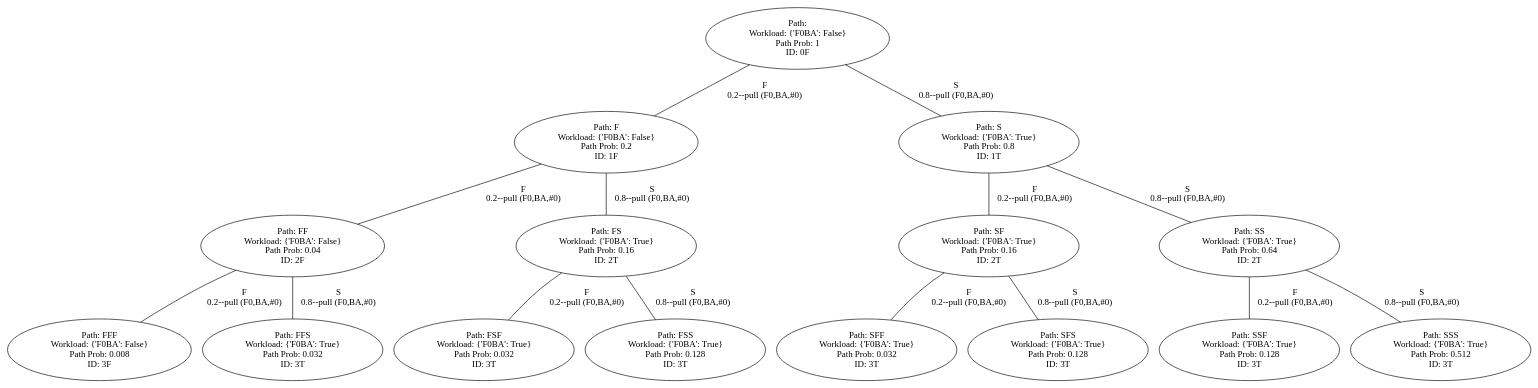
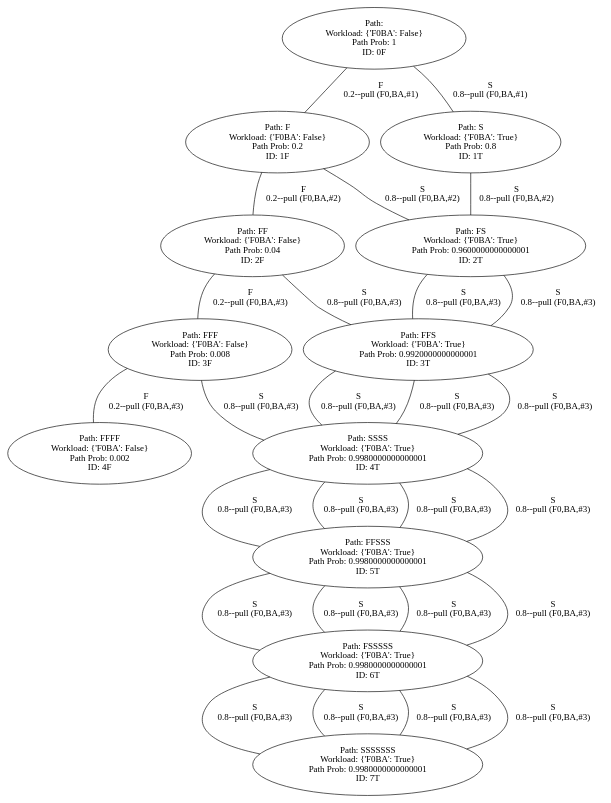
One commit to YasinBoloorchi/WARP-Simulator changed the diagram in Output/graph.gv. Above: the diagram before and after it, drawn with Graphviz. The commit also changed 5 other files, not shown here.

```diff
--- a/Output/graph.gv
+++ b/Output/graph.gv
@@ -8,7 +8,7 @@
 Path Prob: 1
 ID: 0F"]
 	"" -- F [label="F
-0.2--pull (F0,BA,#0)"]
+0.2--pull (F0,BA,#1)"]
 	F [label="Path: F
 Workload: {'F0BA': False}
 Path Prob: 0.2
@@ -18,7 +18,7 @@
 Path Prob: 0.2
 ID: 1F"]
 	F -- FF [label="F
-0.2--pull (F0,BA,#0)"]
+0.2--pull (F0,BA,#2)"]
 	FF [label="Path: FF
 Workload: {'F0BA': False}
 Path Prob: 0.04
@@ -28,57 +28,177 @@
 Path Prob: 0.04
 ID: 2F"]
 	FF -- FFF [label="F
-0.2--pull (F0,BA,#0)"]
+0.2--pull (F0,BA,#3)"]
 	FFF [label="Path: FFF
 Workload: {'F0BA': False}
 Path Prob: 0.008
 ID: 3F"]
+	FFF [label="Path: FFF
+Workload: {'F0BA': False}
+Path Prob: 0.008
+ID: 3F"]
+	FFF -- FFFF [label="F
+0.2--pull (F0,BA,#3)"]
+	FFFF [label="Path: FFFF
+Workload: {'F0BA': False}
+Path Prob: 0.002
+ID: 4F"]
+	FFF [label="Path: FFF
+Workload: {'F0BA': False}
+Path Prob: 0.008
+ID: 3F"]
+	FFF -- SSSS [label="S
+0.8--pull (F0,BA,#3)"]
+	SSSS [label="Path: SSSS
+Workload: {'F0BA': True}
+Path Prob: 0.9980000000000001
+ID: 4T"]
+	SSSS [label="Path: SSSS
+Workload: {'F0BA': True}
+Path Prob: 0.9980000000000001
+ID: 4T"]
+	SSSS -- FFSSS [label="S
+0.8--pull (F0,BA,#3)"]
+	FFSSS [label="Path: FFSSS
+Workload: {'F0BA': True}
+Path Prob: 0.9980000000000001
+ID: 5T"]
+	FFSSS [label="Path: FFSSS
+Workload: {'F0BA': True}
+Path Prob: 0.9980000000000001
+ID: 5T"]
+	FFSSS -- FSSSSS [label="S
+0.8--pull (F0,BA,#3)"]
+	FSSSSS [label="Path: FSSSSS
+Workload: {'F0BA': True}
+Path Prob: 0.9980000000000001
+ID: 6T"]
+	FSSSSS [label="Path: FSSSSS
+Workload: {'F0BA': True}
+Path Prob: 0.9980000000000001
+ID: 6T"]
+	FSSSSS -- SSSSSSS [label="S
+0.8--pull (F0,BA,#3)"]
+	SSSSSSS [label="Path: SSSSSSS
+Workload: {'F0BA': True}
+Path Prob: 0.9980000000000001
+ID: 7T"]
 	FF [label="Path: FF
 Workload: {'F0BA': False}
 Path Prob: 0.04
 ID: 2F"]
 	FF -- FFS [label="S
-0.8--pull (F0,BA,#0)"]
+0.8--pull (F0,BA,#3)"]
 	FFS [label="Path: FFS
 Workload: {'F0BA': True}
-Path Prob: 0.032
+Path Prob: 0.9920000000000001
 ID: 3T"]
+	FFS [label="Path: FFS
+Workload: {'F0BA': True}
+Path Prob: 0.9920000000000001
+ID: 3T"]
+	FFS -- SSSS [label="S
+0.8--pull (F0,BA,#3)"]
+	SSSS [label="Path: SSSS
+Workload: {'F0BA': True}
+Path Prob: 0.9980000000000001
+ID: 4T"]
+	SSSS [label="Path: SSSS
+Workload: {'F0BA': True}
+Path Prob: 0.9980000000000001
+ID: 4T"]
+	SSSS -- FFSSS [label="S
+0.8--pull (F0,BA,#3)"]
+	FFSSS [label="Path: FFSSS
+Workload: {'F0BA': True}
+Path Prob: 0.9980000000000001
+ID: 5T"]
+	FFSSS [label="Path: FFSSS
+Workload: {'F0BA': True}
+Path Prob: 0.9980000000000001
+ID: 5T"]
+	FFSSS -- FSSSSS [label="S
+0.8--pull (F0,BA,#3)"]
+	FSSSSS [label="Path: FSSSSS
+Workload: {'F0BA': True}
+Path Prob: 0.9980000000000001
+ID: 6T"]
+	FSSSSS [label="Path: FSSSSS
+Workload: {'F0BA': True}
+Path Prob: 0.9980000000000001
+ID: 6T"]
+	FSSSSS -- SSSSSSS [label="S
+0.8--pull (F0,BA,#3)"]
+	SSSSSSS [label="Path: SSSSSSS
+Workload: {'F0BA': True}
+Path Prob: 0.9980000000000001
+ID: 7T"]
 	F [label="Path: F
 Workload: {'F0BA': False}
 Path Prob: 0.2
 ID: 1F"]
 	F -- FS [label="S
-0.8--pull (F0,BA,#0)"]
+0.8--pull (F0,BA,#2)"]
 	FS [label="Path: FS
 Workload: {'F0BA': True}
-Path Prob: 0.16
+Path Prob: 0.9600000000000001
 ID: 2T"]
 	FS [label="Path: FS
 Workload: {'F0BA': True}
-Path Prob: 0.16
+Path Prob: 0.9600000000000001
 ID: 2T"]
-	FS -- FSF [label="F
-0.2--pull (F0,BA,#0)"]
-	FSF [label="Path: FSF
+	FS -- FFS [label="S
+0.8--pull (F0,BA,#3)"]
+	FFS [label="Path: FFS
 Workload: {'F0BA': True}
-Path Prob: 0.032
+Path Prob: 0.9920000000000001
 ID: 3T"]
-	FS [label="Path: FS
+	FFS [label="Path: FFS
 Workload: {'F0BA': True}
-Path Prob: 0.16
-ID: 2T"]
-	FS -- FSS [label="S
-0.8--pull (F0,BA,#0)"]
-	FSS [label="Path: FSS
+Path Prob: 0.9920000000000001
+ID: 3T"]
+	FFS -- SSSS [label="S
+0.8--pull (F0,BA,#3)"]
+	SSSS [label="Path: SSSS
 Workload: {'F0BA': True}
-Path Prob: 0.128
-ID: 3T"]
+Path Prob: 0.9980000000000001
+ID: 4T"]
+	SSSS [label="Path: SSSS
+Workload: {'F0BA': True}
+Path Prob: 0.9980000000000001
+ID: 4T"]
+	SSSS -- FFSSS [label="S
+0.8--pull (F0,BA,#3)"]
+	FFSSS [label="Path: FFSSS
+Workload: {'F0BA': True}
+Path Prob: 0.9980000000000001
+ID: 5T"]
+	FFSSS [label="Path: FFSSS
+Workload: {'F0BA': True}
+Path Prob: 0.9980000000000001
+ID: 5T"]
+	FFSSS -- FSSSSS [label="S
+0.8--pull (F0,BA,#3)"]
+	FSSSSS [label="Path: FSSSSS
+Workload: {'F0BA': True}
+Path Prob: 0.9980000000000001
+ID: 6T"]
+	FSSSSS [label="Path: FSSSSS
+Workload: {'F0BA': True}
+Path Prob: 0.9980000000000001
+ID: 6T"]
+	FSSSSS -- SSSSSSS [label="S
+0.8--pull (F0,BA,#3)"]
+	SSSSSSS [label="Path: SSSSSSS
+Workload: {'F0BA': True}
+Path Prob: 0.9980000000000001
+ID: 7T"]
 	"" [label="Path: 
 Workload: {'F0BA': False}
 Path Prob: 1
 ID: 0F"]
 	"" -- S [label="S
-0.8--pull (F0,BA,#0)"]
+0.8--pull (F0,BA,#1)"]
 	S [label="Path: S
 Workload: {'F0BA': True}
 Path Prob: 0.8
@@ -87,60 +207,60 @@
 Workload: {'F0BA': True}
 Path Prob: 0.8
 ID: 1T"]
-	S -- SF [label="F
-0.2--pull (F0,BA,#0)"]
-	SF [label="Path: SF
+	S -- FS [label="S
+0.8--pull (F0,BA,#2)"]
+	FS [label="Path: FS
 Workload: {'F0BA': True}
-Path Prob: 0.16
+Path Prob: 0.9600000000000001
 ID: 2T"]
-	SF [label="Path: SF
+	FS [label="Path: FS
 Workload: {'F0BA': True}
-Path Prob: 0.16
+Path Prob: 0.9600000000000001
 ID: 2T"]
-	SF -- SFF [label="F
-0.2--pull (F0,BA,#0)"]
-	SFF [label="Path: SFF
+	FS -- FFS [label="S
+0.8--pull (F0,BA,#3)"]
+	FFS [label="Path: FFS
 Workload: {'F0BA': True}
-Path Prob: 0.032
+Path Prob: 0.9920000000000001
 ID: 3T"]
-	SF [label="Path: SF
+	FFS [label="Path: FFS
 Workload: {'F0BA': True}
-Path Prob: 0.16
-ID: 2T"]
-	SF -- SFS [label="S
-0.8--pull (F0,BA,#0)"]
-	SFS [label="Path: SFS
+Path Prob: 0.9920000000000001
+ID: 3T"]
+	FFS -- SSSS [label="S
+0.8--pull (F0,BA,#3)"]
+	SSSS [label="Path: SSSS
 Workload: {'F0BA': True}
-Path Prob: 0.128
-ID: 3T"]
-	S [label="Path: S
+Path Prob: 0.9980000000000001
+ID: 4T"]
+	SSSS [label="Path: SSSS
 Workload: {'F0BA': True}
-Path Prob: 0.8
-ID: 1T"]
-	S -- SS [label="S
-0.8--pull (F0,BA,#0)"]
-	SS [label="Path: SS
+Path Prob: 0.9980000000000001
+ID: 4T"]
+	SSSS -- FFSSS [label="S
+0.8--pull (F0,BA,#3)"]
+	FFSSS [label="Path: FFSSS
 Workload: {'F0BA': True}
-Path Prob: 0.64
-ID: 2T"]
-	SS [label="Path: SS
+Path Prob: 0.9980000000000001
+ID: 5T"]
+	FFSSS [label="Path: FFSSS
 Workload: {'F0BA': True}
-Path Prob: 0.64
-ID: 2T"]
-	SS -- SSF [label="F
-0.2--pull (F0,BA,#0)"]
-	SSF [label="Path: SSF
+Path Prob: 0.9980000000000001
+ID: 5T"]
+	FFSSS -- FSSSSS [label="S
+0.8--pull (F0,BA,#3)"]
+	FSSSSS [label="Path: FSSSSS
 Workload: {'F0BA': True}
-Path Prob: 0.128
-ID: 3T"]
-	SS [label="Path: SS
+Path Prob: 0.9980000000000001
+ID: 6T"]
+	FSSSSS [label="Path: FSSSSS
 Workload: {'F0BA': True}
-Path Prob: 0.64
-ID: 2T"]
-	SS -- SSS [label="S
-0.8--pull (F0,BA,#0)"]
-	SSS [label="Path: SSS
+Path Prob: 0.9980000000000001
+ID: 6T"]
+	FSSSSS -- SSSSSSS [label="S
+0.8--pull (F0,BA,#3)"]
+	SSSSSSS [label="Path: SSSSSSS
 Workload: {'F0BA': True}
-Path Prob: 0.512
-ID: 3T"]
+Path Prob: 0.9980000000000001
+ID: 7T"]
 }
```
